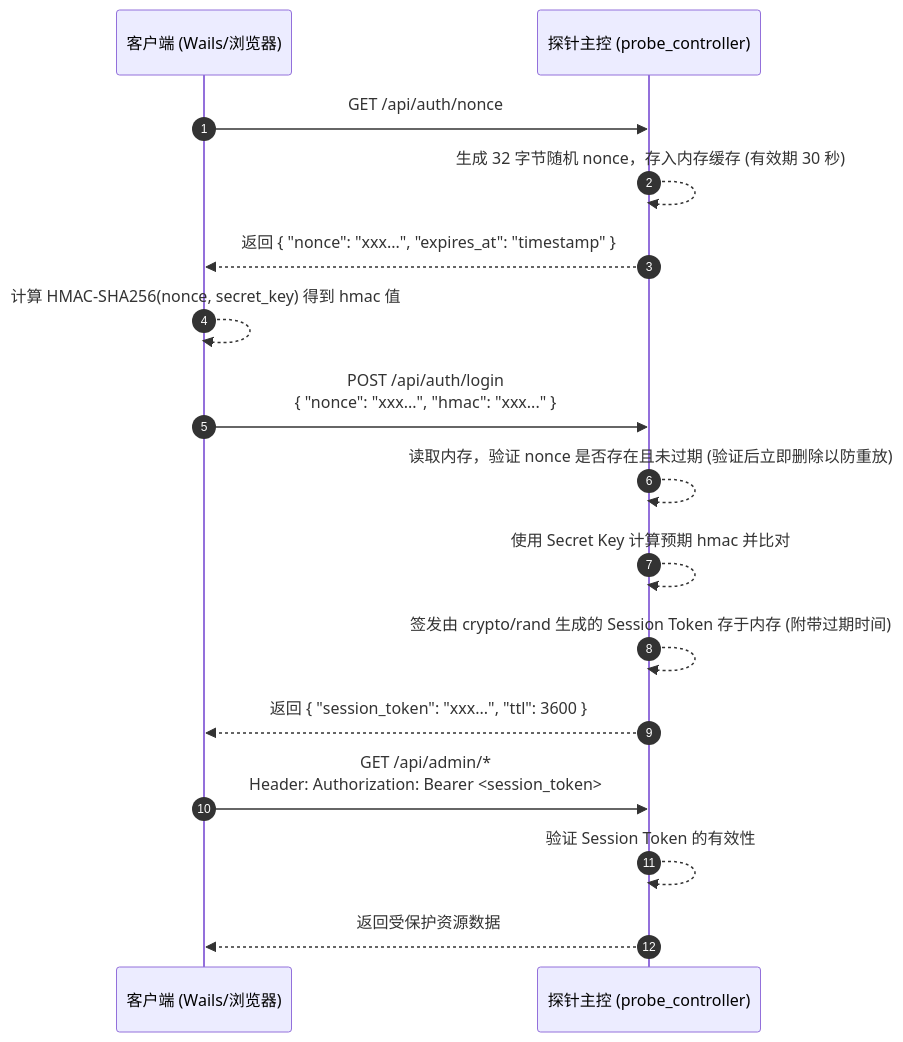
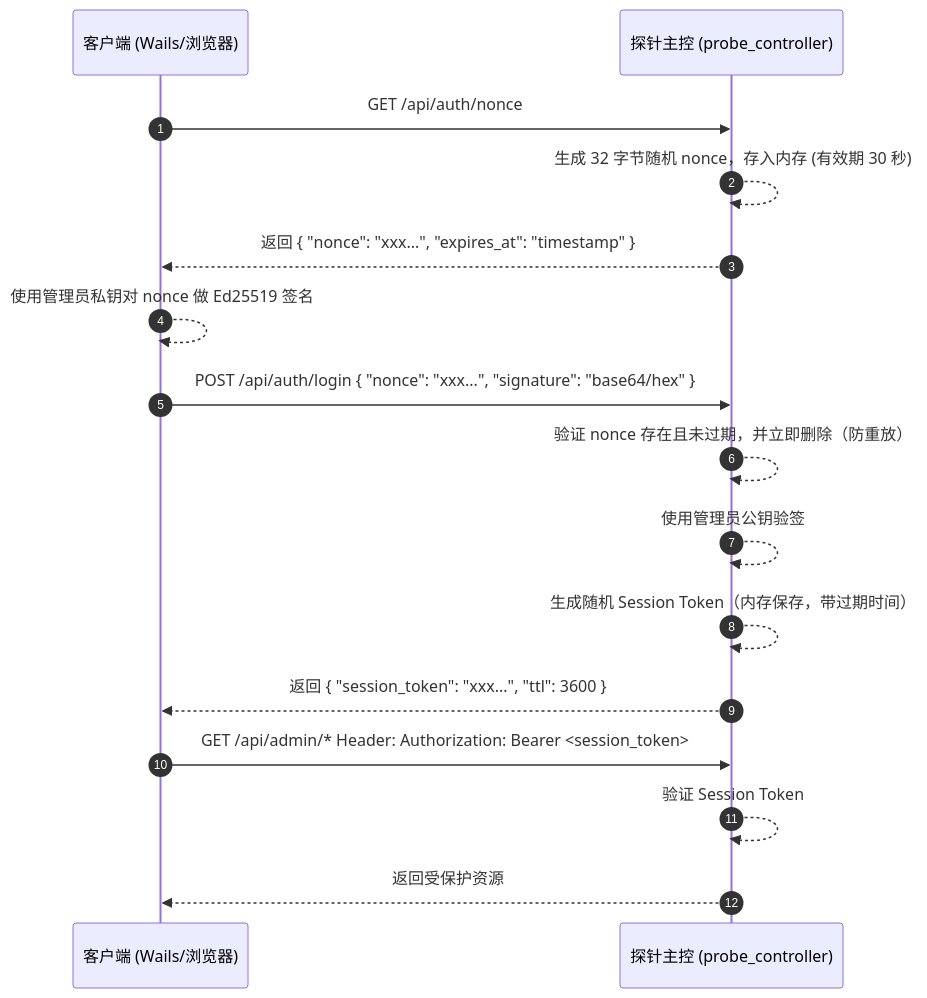
Before and after one commit to fengzhanhuaer/CloudHelper: the diagram in doc/login_requirements.md, drawn with Mermaid. The commit also changed other lines of this file and 12 other files, not shown here.

````diff
--- a/doc/login_requirements.md
+++ b/doc/login_requirements.md
@@ -16,22 +26,22 @@
 ```mermaid
 sequenceDiagram
     autonumber
     participant Client as 客户端 (Wails/浏览器)
     participant Server as 探针主控 (probe_controller)
 
     Client->>Server: GET /api/auth/nonce
-    Server-->>Server: 生成 32 字节随机 nonce，存入内存缓存 (有效期 30 秒)
+    Server-->>Server: 生成 32 字节随机 nonce，存入内存 (有效期 30 秒)
     Server-->>Client: 返回 { "nonce": "xxx...", "expires_at": "timestamp" }
 
-    Client-->>Client: 计算 HMAC-SHA256(nonce, secret_key) 得到 hmac 值
+    Client-->>Client: 使用管理员私钥对 nonce 做 Ed25519 签名
 
-    Client->>Server: POST /api/auth/login <br/> { "nonce": "xxx...", "hmac": "xxx..." }
-    Server-->>Server: 读取内存，验证 nonce 是否存在且未过期 (验证后立即删除以防重放)
-    Server-->>Server: 使用 Secret Key 计算预期 hmac 并比对
-    Server-->>Server: 签发由 crypto/rand 生成的 Session Token 存于内存 (附带过期时间)
+    Client->>Server: POST /api/auth/login { "nonce": "xxx...", "signature": "base64/hex" }
+    Server-->>Server: 验证 nonce 存在且未过期，并立即删除（防重放）
+    Server-->>Server: 使用管理员公钥验签
+    Server-->>Server: 生成随机 Session Token（内存保存，带过期时间）
     Server-->>Client: 返回 { "session_token": "xxx...", "ttl": 3600 }
 
-    Client->>Server: GET /api/admin/* <br/> Header: Authorization: Bearer <session_token>
-    Server-->>Server: 验证 Session Token 的有效性
-    Server-->>Client: 返回受保护资源数据
+    Client->>Server: GET /api/admin/* Header: Authorization: Bearer <session_token>
+    Server-->>Server: 验证 Session Token
+    Server-->>Client: 返回受保护资源
 ```
````
